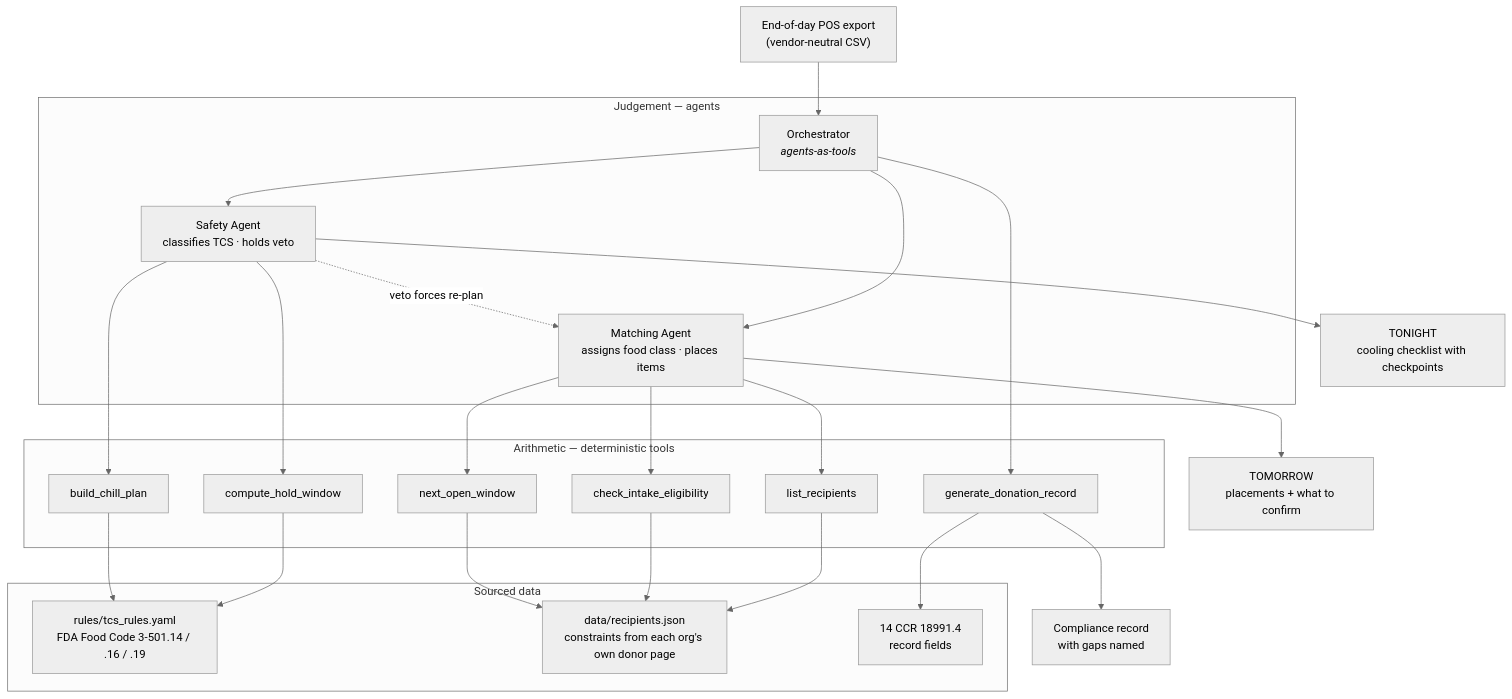
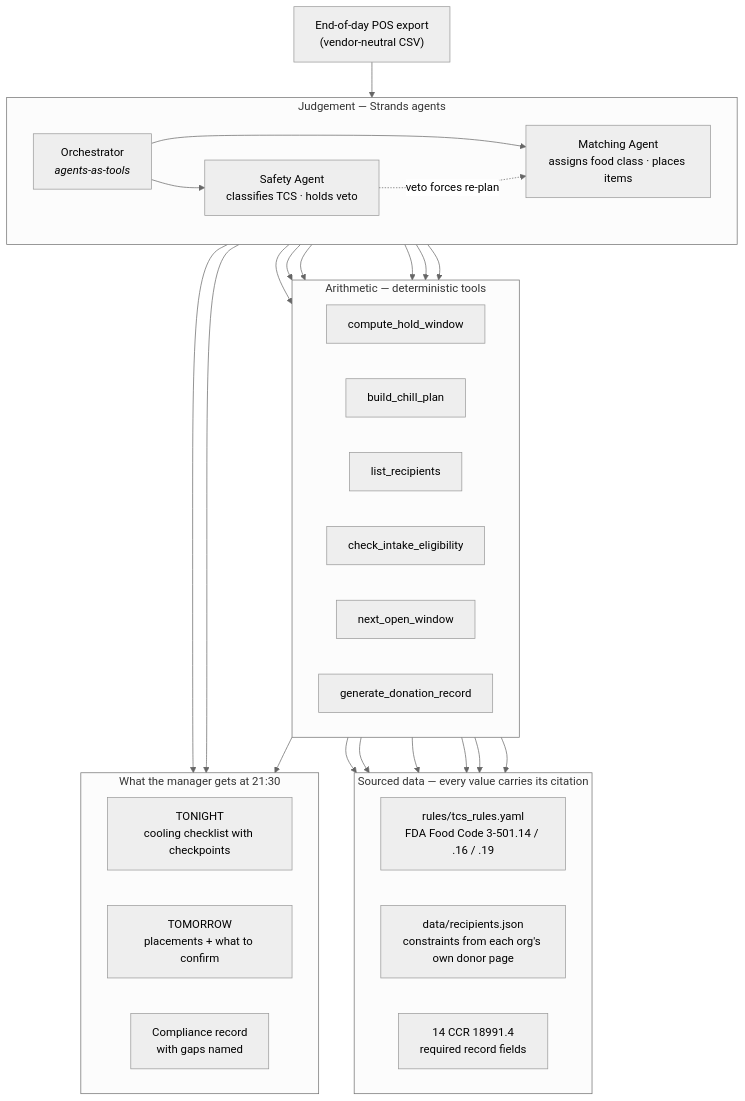
Before and after one commit to hezhenpan/kitchen-surplus-agent: the diagram in README.md, drawn with Mermaid (neutral theme). The commit also changed other lines of this file and 2 other files, not shown here.

Commit message:
docs: architecture diagram as a rendered PNG for submission

````diff
--- a/README.md
+++ b/README.md
@@ -64,46 +64,52 @@
 ```mermaid
 flowchart TB
     CSV["End-of-day POS export<br/>(vendor-neutral CSV)"]
 
-    subgraph judgement["Judgement — agents"]
+    subgraph judgement["Judgement — Strands agents"]
+        direction LR
         ORCH["Orchestrator<br/><i>agents-as-tools</i>"]
         SAFETY["Safety Agent<br/>classifies TCS · holds veto"]
         MATCH["Matching Agent<br/>assigns food class · places items"]
     end
 
     subgraph arithmetic["Arithmetic — deterministic tools"]
+        direction LR
         CLOCK["compute_hold_window"]
         CHILL["build_chill_plan"]
         LIST["list_recipients"]
         ELIG["check_intake_eligibility"]
         WIN["next_open_window"]
         REC["generate_donation_record"]
     end
 
-    subgraph sources["Sourced data"]
+    subgraph sources["Sourced data — every value carries its citation"]
+        direction LR
         RULES["rules/tcs_rules.yaml<br/>FDA Food Code 3-501.14 / .16 / .19"]
         ORGS["data/recipients.json<br/>constraints from each org's own donor page"]
-        LAW["14 CCR 18991.4<br/>record fields"]
+        LAW["14 CCR 18991.4<br/>required record fields"]
     end
 
-    OUT1["TONIGHT<br/>cooling checklist with checkpoints"]
-    OUT2["TOMORROW<br/>placements + what to confirm"]
-    OUT3["Compliance record<br/>with gaps named"]
+    subgraph outputs["What the manager gets at 21:30"]
+        direction LR
+        OUT1["TONIGHT<br/>cooling checklist with checkpoints"]
+        OUT2["TOMORROW<br/>placements + what to confirm"]
+        OUT3["Compliance record<br/>with gaps named"]
+    end
 
     CSV --> ORCH
     ORCH --> SAFETY
     ORCH --> MATCH
     SAFETY -. veto forces re-plan .-> MATCH
 
     SAFETY --> CLOCK & CHILL
     MATCH --> LIST & ELIG & WIN
     ORCH --> REC
 
     CLOCK & CHILL --> RULES
     LIST & ELIG & WIN --> ORGS
     REC --> LAW
 
     SAFETY --> OUT1
     MATCH --> OUT2
     REC --> OUT3
 ```
````
